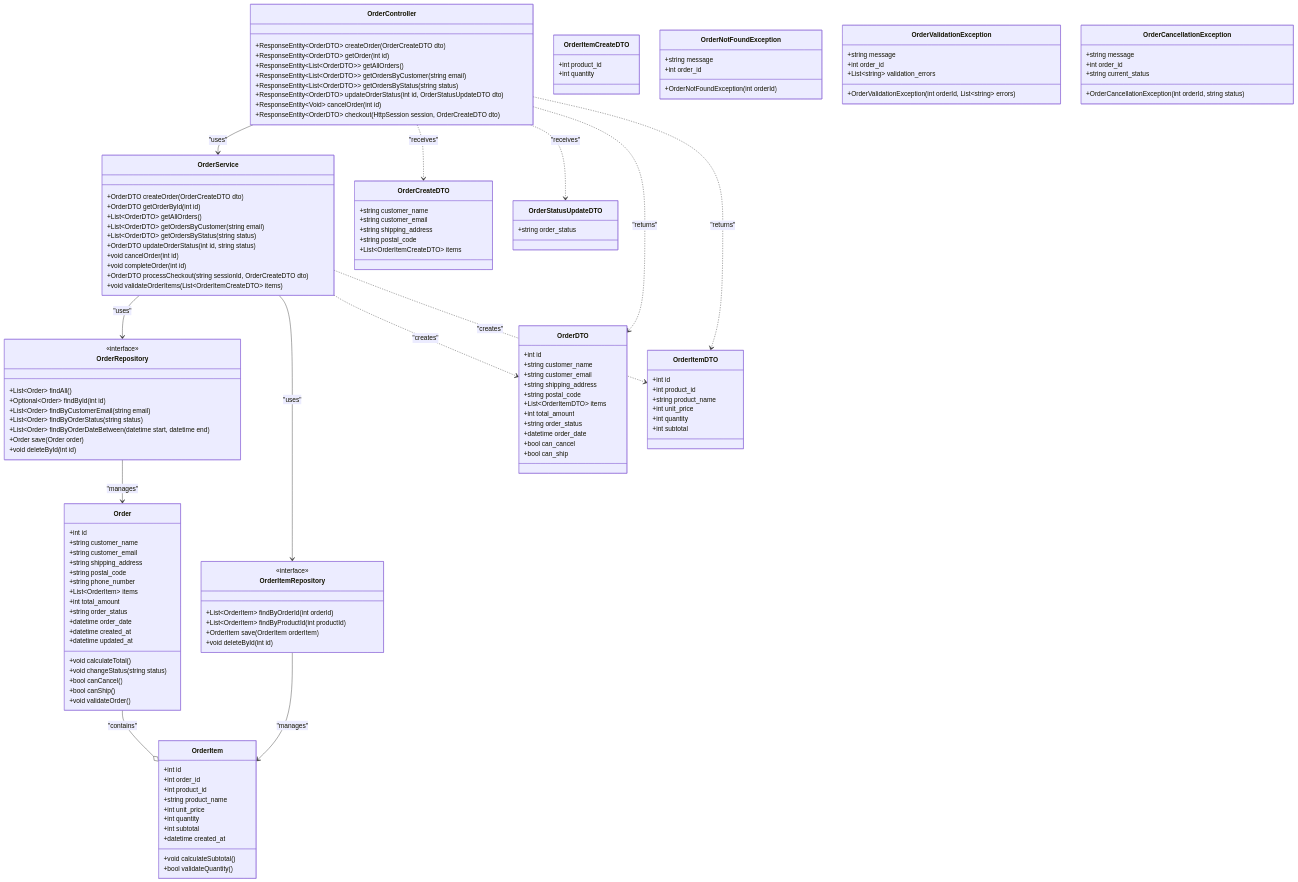
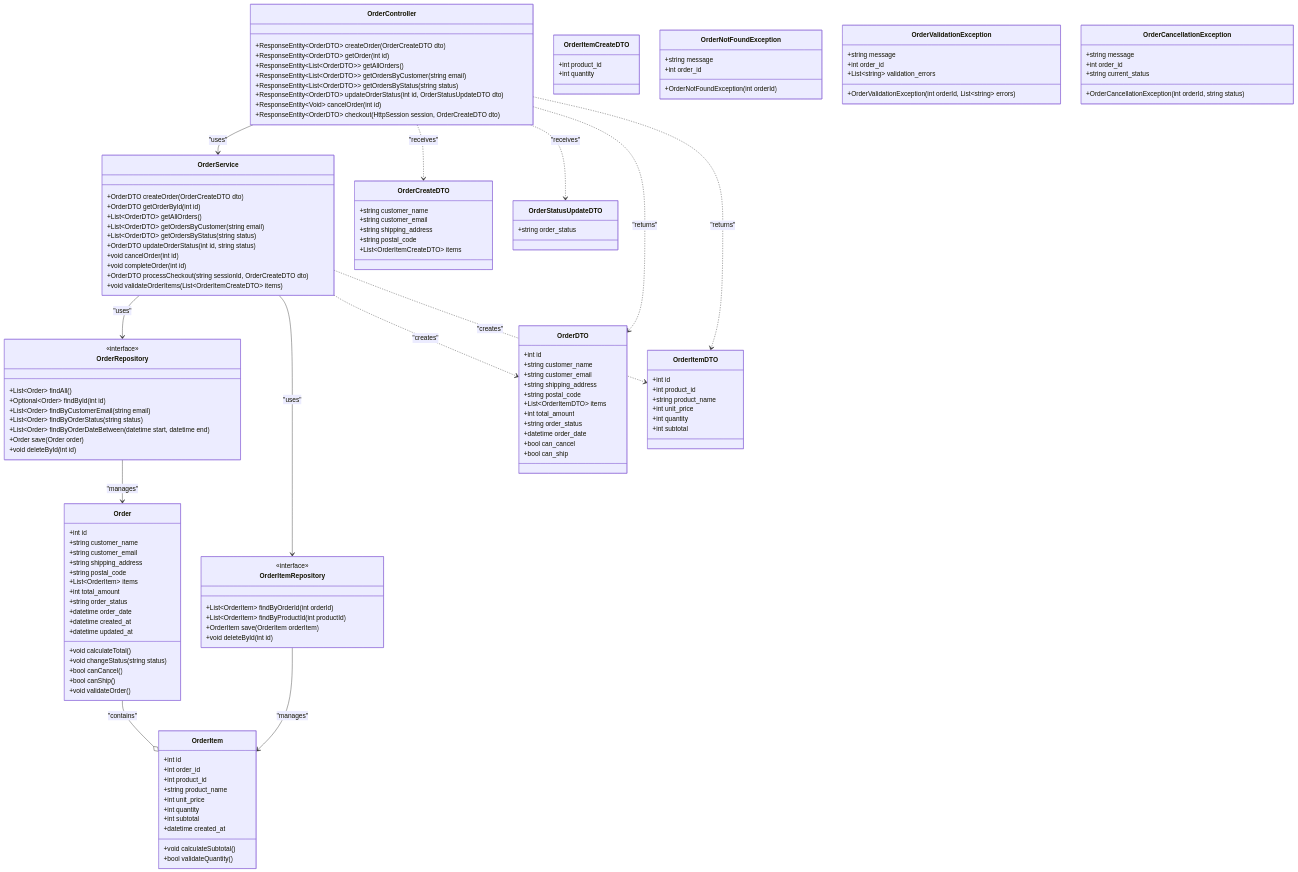
One commit to Aoi-Yaegashi/teamF changed the third of 5 diagrams in 詳細設計/担当B_西嶋/クラス図_v3.md. Above: the diagram before and after it, drawn with Mermaid. The commit also changed 1 other file, not shown here.

Commit message:
phonenumberの削除

```diff
--- a/詳細設計/担当B_西嶋/クラス図_v3.md
+++ b/詳細設計/担当B_西嶋/クラス図_v3.md
@@ -267,7 +267,6 @@
         +string customer_email
         +string shipping_address
         +string postal_code
-        +string phone_number
         +List~OrderItem~ items
         +int total_amount
         +string order_status
```
